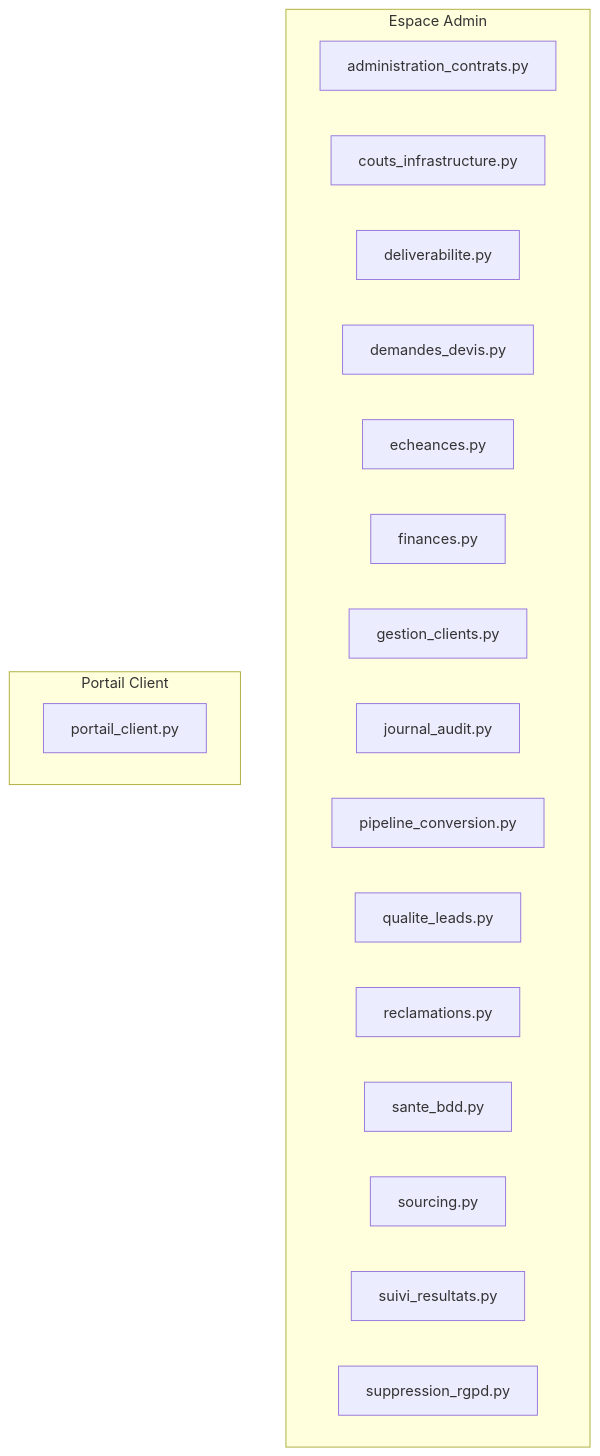
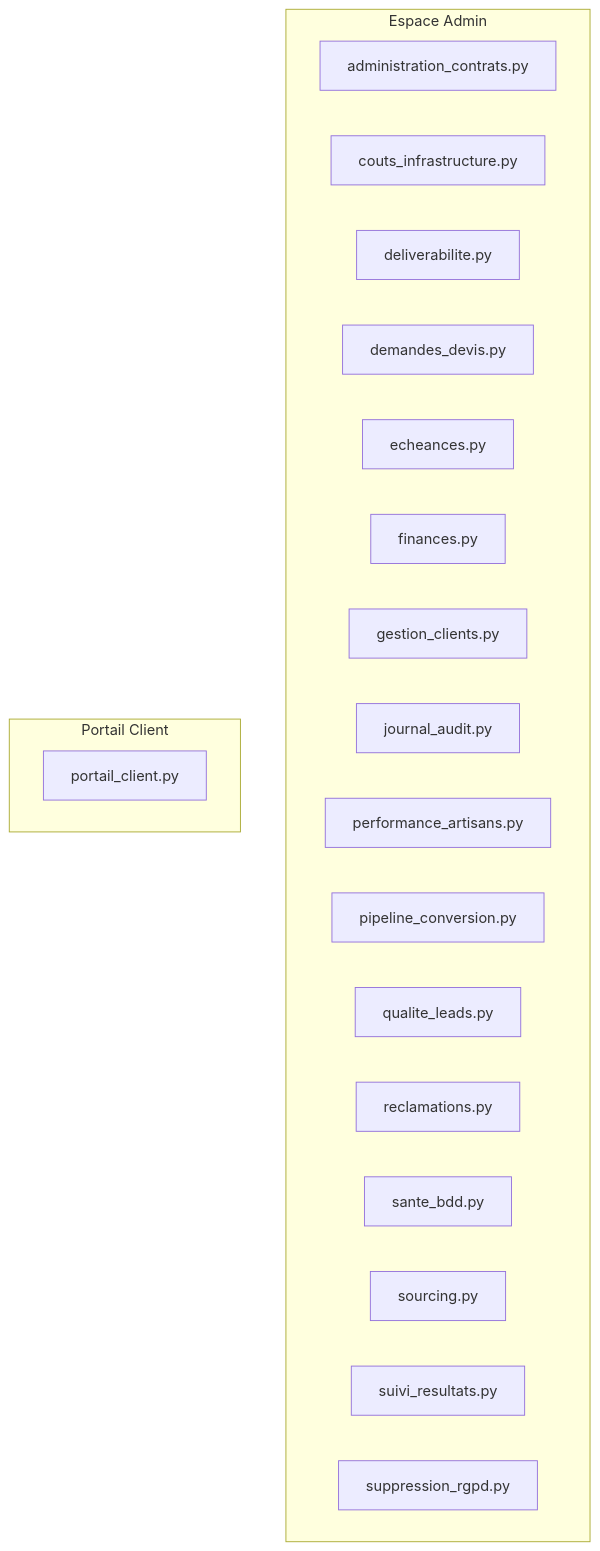
One commit to contactmonagenceiapro-sudo/leads-creator changed the third of 3 diagrams in docs/architecture_globale.md. Above: the diagram before and after it, drawn with Mermaid. The commit also changed other lines of this file and 7 other files, not shown here.

First line of the commit message:
feat: ajoute le module 9 (performance des artisans) de pilotage

````diff
--- a/docs/architecture_globale.md
+++ b/docs/architecture_globale.md
@@ -414,23 +426,24 @@
 ```mermaid
 flowchart TD
     subgraph ADMIN["Espace Admin"]
         administration_contrats_py["administration_contrats.py"]
         couts_infrastructure_py["couts_infrastructure.py"]
         deliverabilite_py["deliverabilite.py"]
         demandes_devis_py["demandes_devis.py"]
         echeances_py["echeances.py"]
         finances_py["finances.py"]
         gestion_clients_py["gestion_clients.py"]
         journal_audit_py["journal_audit.py"]
+        performance_artisans_py["performance_artisans.py"]
         pipeline_conversion_py["pipeline_conversion.py"]
         qualite_leads_py["qualite_leads.py"]
         reclamations_py["reclamations.py"]
         sante_bdd_py["sante_bdd.py"]
         sourcing_py["sourcing.py"]
         suivi_resultats_py["suivi_resultats.py"]
         suppression_rgpd_py["suppression_rgpd.py"]
     end
     subgraph CLIENT["Portail Client"]
         portail_client_py["portail_client.py"]
     end
 ```
````
